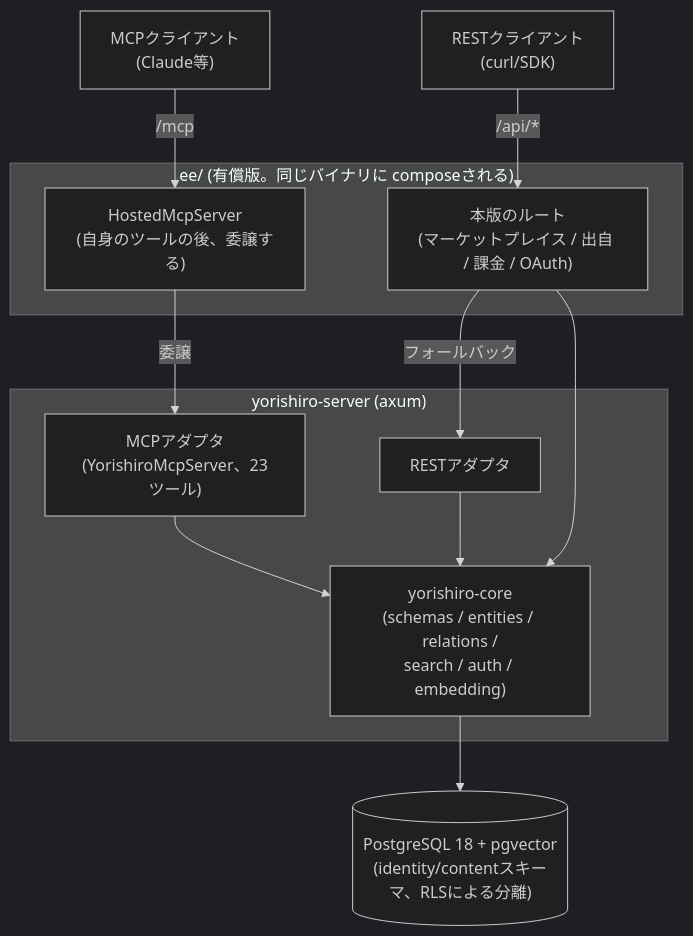
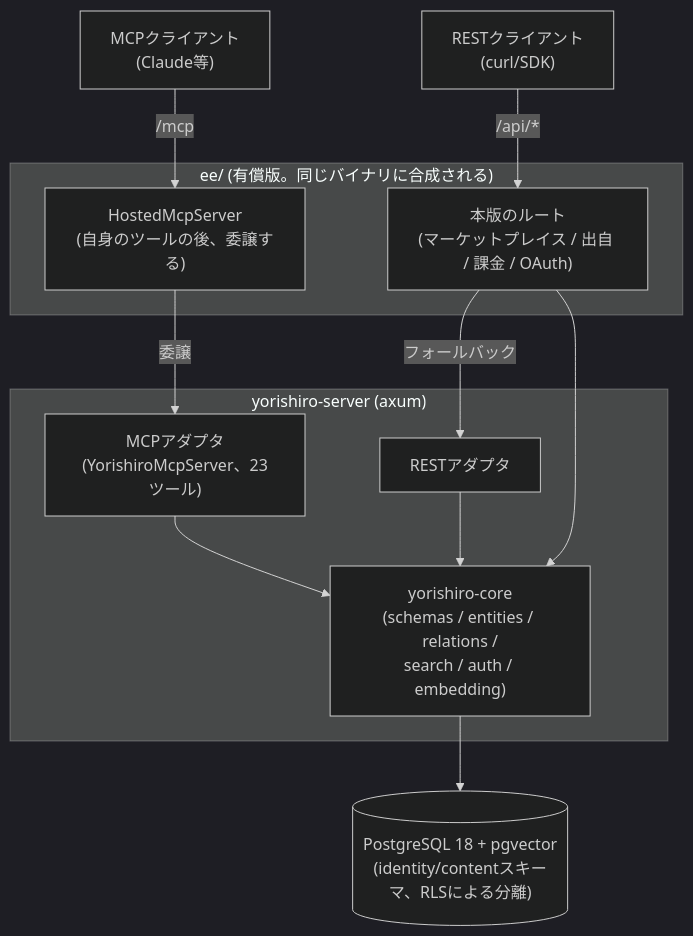
The first of 3 diagrams in docs/ja/README.md (yorishiro-ai/yorishiro), drawn with Mermaid (dark theme) before and after one commit. The commit also changed other lines of this file and 18 other files, not shown here.

````diff
--- a/docs/ja/README.md
+++ b/docs/ja/README.md
@@ -12,27 +12,27 @@
 ```mermaid
 flowchart TD
     MCPClient["MCPクライアント<br/>(Claude等)"]
     RESTClient["RESTクライアント<br/>(curl/SDK)"]
 
-    subgraph Paid["ee/ (有償版。同じバイナリに composeされる)"]
+    subgraph Paid["ee/ (有償版。同じバイナリに合成される)"]
         HostedMCP["HostedMcpServer<br/>(自身のツールの後、委譲する)"]
         HostedREST["本版のルート<br/>(マーケットプレイス / 出自 / 課金 / OAuth)"]
     end
 
     subgraph Server["yorishiro-server (axum)"]
         MCPAdapter["MCPアダプタ<br/>(YorishiroMcpServer、23ツール)"]
         RESTAdapter["RESTアダプタ"]
         Core["yorishiro-core<br/>(schemas / entities / relations /<br/>search / auth / embedding)"]
         MCPAdapter --> Core
         RESTAdapter --> Core
     end
 
     DB[("PostgreSQL 18 + pgvector<br/>(identity/contentスキーマ、RLSによる分離)")]
 
     MCPClient -->|"/mcp"| HostedMCP
     RESTClient -->|"/api/*"| HostedREST
     HostedMCP -->|"委譲"| MCPAdapter
     HostedREST -->|"フォールバック"| RESTAdapter
     HostedREST --> Core
     Core --> DB
 ```
````
